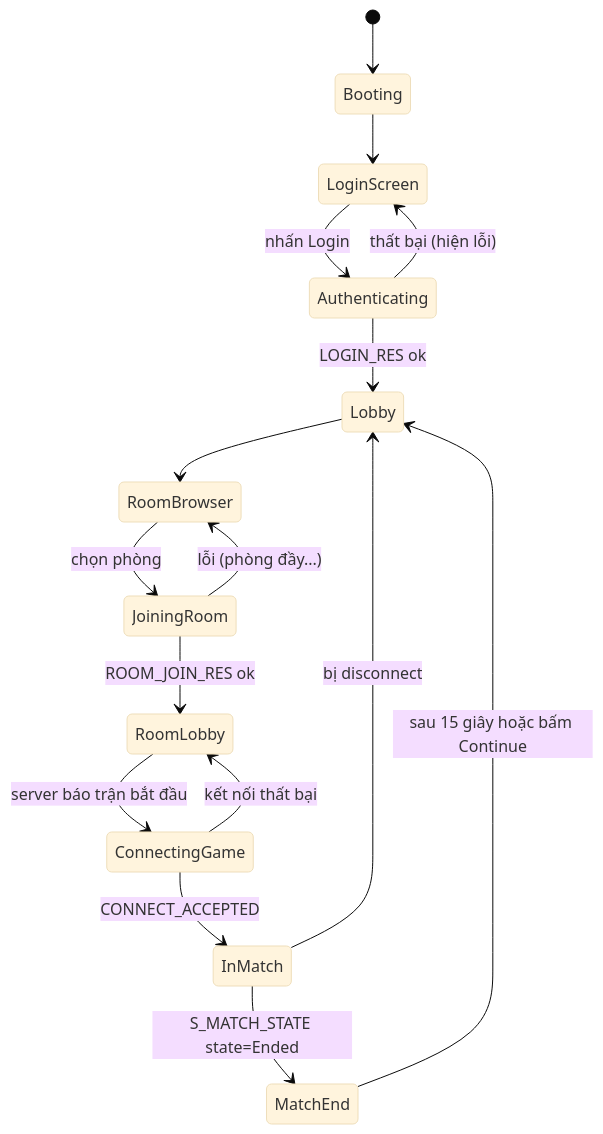
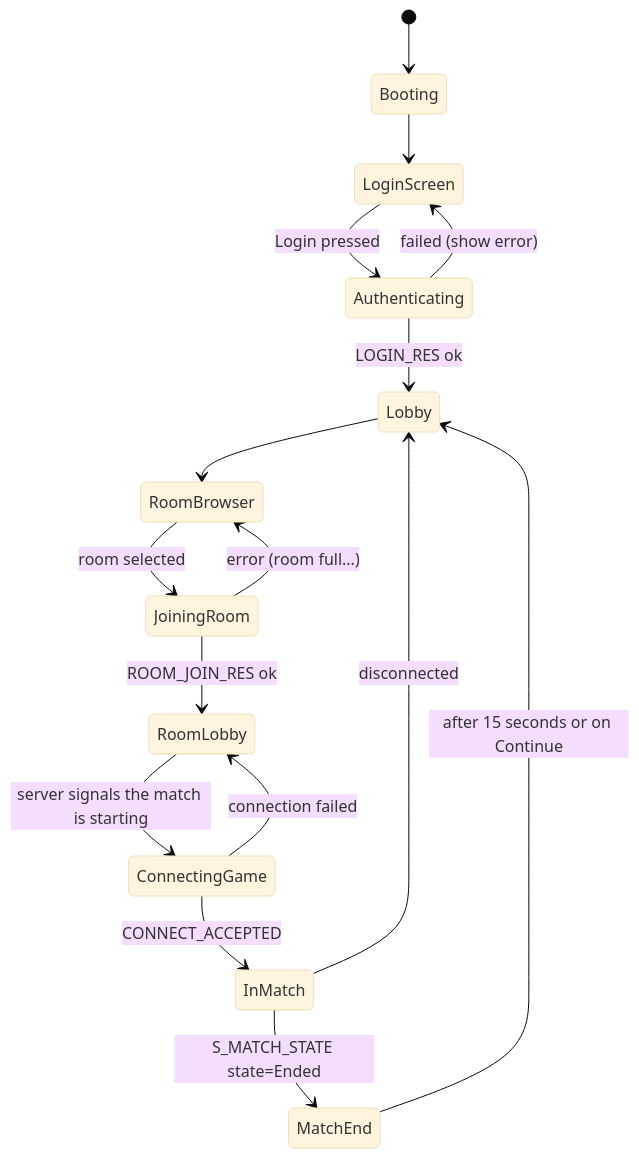
One commit to Nghaiz/LTM changed the diagram in plans/dev-a-unity-client/phases/phase-03-match.md. Above: the diagram before and after it, drawn with Mermaid (base theme). The commit also changed other lines of this file and 34 other files, not shown here.

````diff
--- a/plans/dev-a-unity-client/phases/phase-03-match.md
+++ b/plans/dev-a-unity-client/phases/phase-03-match.md
@@ -60,18 +62,18 @@
 ```mermaid
 stateDiagram-v2
     [*] --> Booting
     Booting --> LoginScreen
-    LoginScreen --> Authenticating: nhấn Login
-    Authenticating --> LoginScreen: thất bại (hiện lỗi)
+    LoginScreen --> Authenticating: Login pressed
+    Authenticating --> LoginScreen: failed (show error)
     Authenticating --> Lobby: LOGIN_RES ok
     Lobby --> RoomBrowser
-    RoomBrowser --> JoiningRoom: chọn phòng
+    RoomBrowser --> JoiningRoom: room selected
     JoiningRoom --> RoomLobby: ROOM_JOIN_RES ok
-    JoiningRoom --> RoomBrowser: lỗi (phòng đầy...)
-    RoomLobby --> ConnectingGame: server báo trận bắt đầu
+    JoiningRoom --> RoomBrowser: error (room full...)
+    RoomLobby --> ConnectingGame: server signals the match is starting
     ConnectingGame --> InMatch: CONNECT_ACCEPTED
-    ConnectingGame --> RoomLobby: kết nối thất bại
+    ConnectingGame --> RoomLobby: connection failed
     InMatch --> MatchEnd: S_MATCH_STATE state=Ended
-    MatchEnd --> Lobby: sau 15 giây hoặc bấm Continue
-    InMatch --> Lobby: bị disconnect
+    MatchEnd --> Lobby: after 15 seconds or on Continue
+    InMatch --> Lobby: disconnected
 ```
````
